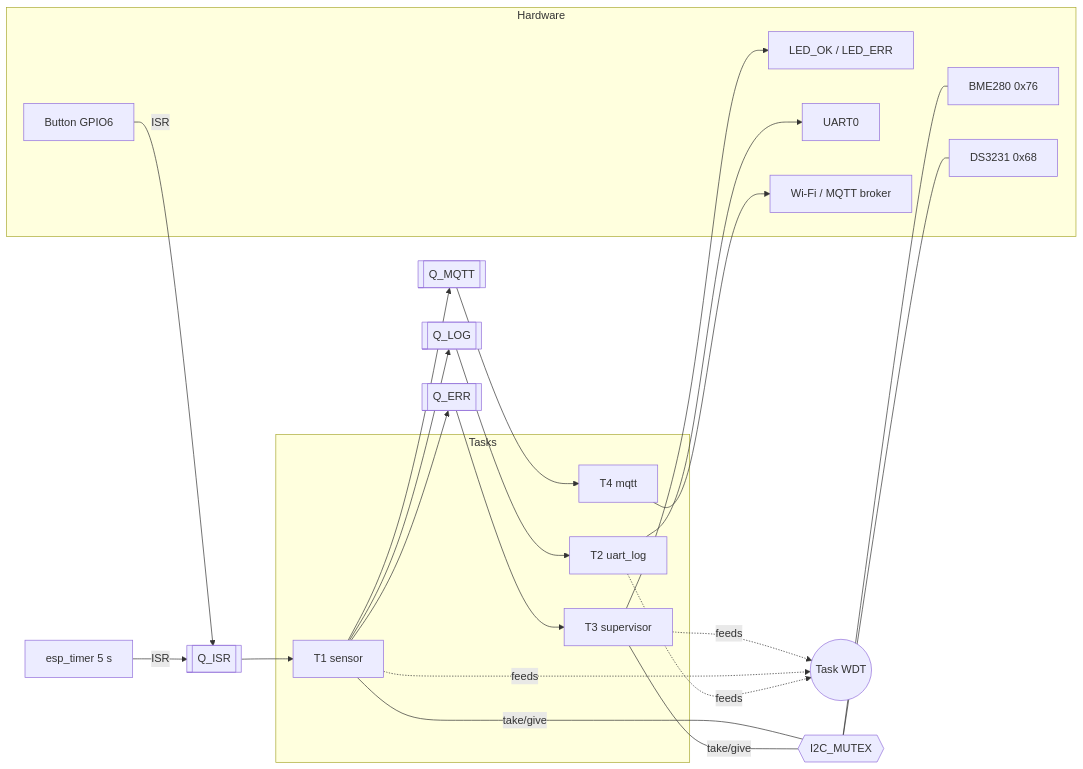
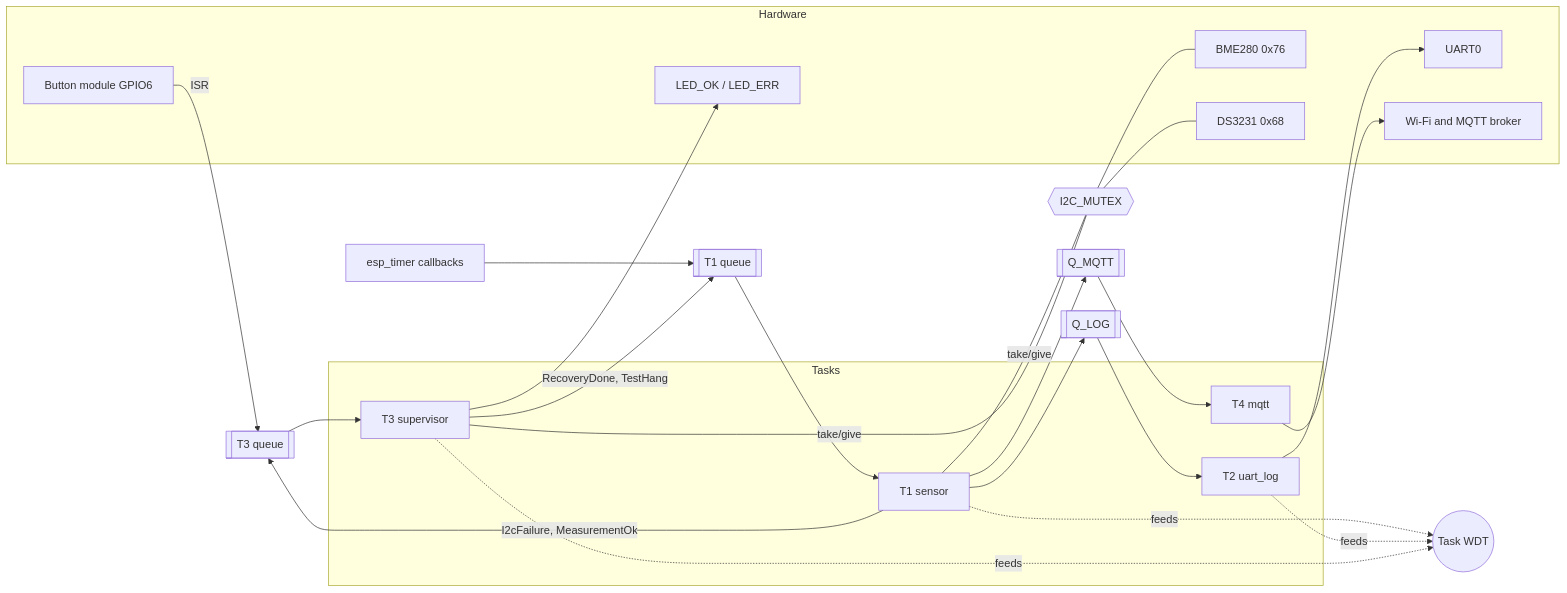
Before and after one commit to yuriyKazan/Environment-logger: the second of 6 diagrams in docs/architecture.md, drawn with Mermaid. The commit also changed other lines of this file and 2 other files, not shown here.

Commit message:
Architecture doc: rewrite to match the implementation (T1 FSM, T3, queues, watchdog, sequences)

````diff
--- a/docs/architecture.md
+++ b/docs/architecture.md
@@ -123,32 +161,34 @@
 ```mermaid
 flowchart LR
     subgraph HW[Hardware]
         BME[BME280 0x76]
         RTC[DS3231 0x68]
-        BTN[Button GPIO6]
+        BTN[Button module GPIO6]
         LEDS[LED_OK / LED_ERR]
         UART[UART0]
-        WIFI[Wi-Fi / MQTT broker]
+        WIFI[Wi-Fi and MQTT broker]
     end
-    TMR[esp_timer 5 s] -->|ISR| QISR[[Q_ISR]]
-    BTN -->|ISR| QISR
-    QISR --> T1
+    TMR[esp_timer callbacks] --> Q1[[T1 queue]]
+    Q1 --> T1
     subgraph Tasks
         T1[T1 sensor]
         T2[T2 uart_log]
         T3[T3 supervisor]
         T4[T4 mqtt]
     end
     MTX{{I2C_MUTEX}}
     T1 -- take/give --- MTX
     T3 -- take/give --- MTX
     MTX --- BME
     MTX --- RTC
     T1 --> QLOG[[Q_LOG]] --> T2 --> UART
     T1 --> QMQTT[[Q_MQTT]] --> T4 --> WIFI
-    T1 --> QERR[[Q_ERR]] --> T3
+    T1 -- I2cFailure, MeasurementOk --> Q3[[T3 queue]]
+    BTN -- ISR --> Q3
+    Q3 --> T3
+    T3 -- RecoveryDone, TestHang --> Q1
     T3 --> LEDS
-    T3 -. feeds .-> WDT((Task WDT))
-    T1 -. feeds .-> WDT
+    T1 -. feeds .-> WDT((Task WDT))
     T2 -. feeds .-> WDT
+    T3 -. feeds .-> WDT
 ```
````
